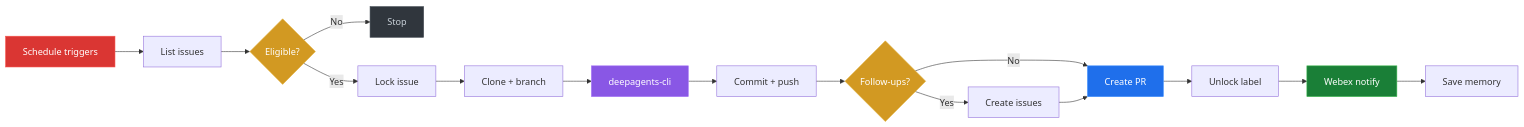
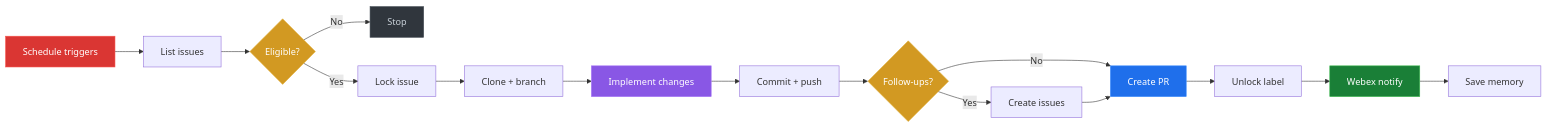
One commit to artdroz/deep-agents-demo changed the second of 6 diagrams in ARCHITECTURE.md. Above: the diagram before and after it, drawn with Mermaid. The commit also changed other lines of this file, not shown here.

Commit message:
docs: remove deepagents-cli references from architecture

````diff
--- a/ARCHITECTURE.md
+++ b/ARCHITECTURE.md
@@ -70,25 +70,25 @@
 ```mermaid
 graph LR
     A["Schedule triggers"] --> B["List issues"]
     B --> C{"Eligible?"}
     C -->|No| Stop["Stop"]
     C -->|Yes| D["Lock issue"]
     D --> E["Clone + branch"]
-    E --> F["deepagents-cli"]
+    E --> F["Implement changes"]
     F --> G["Commit + push"]
     G --> H{"Follow-ups?"}
     H -->|Yes| I["Create issues"]
     H -->|No| J["Create PR"]
     I --> J
     J --> K["Unlock label"]
     K --> L["Webex notify"]
     L --> M["Save memory"]
 
     style A fill:#da3633,stroke:#f85149,color:#fff
     style F fill:#8957e5,stroke:#a371f7,color:#fff
     style J fill:#1f6feb,stroke:#388bfd,color:#fff
     style L fill:#1a7f37,stroke:#3fb950,color:#fff
     style Stop fill:#30363d,stroke:#484f58,color:#c9d1d9
     style C fill:#d29922,stroke:#e3b341,color:#fff
     style H fill:#d29922,stroke:#e3b341,color:#fff
 ```
````
